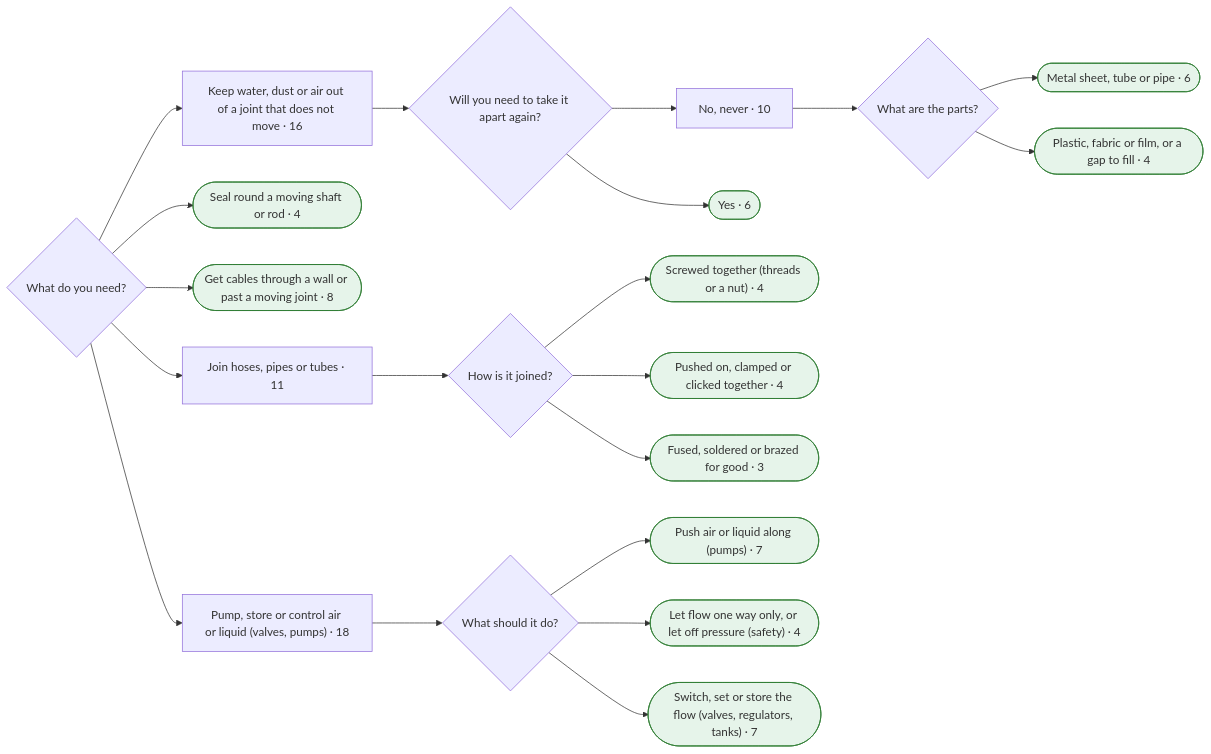
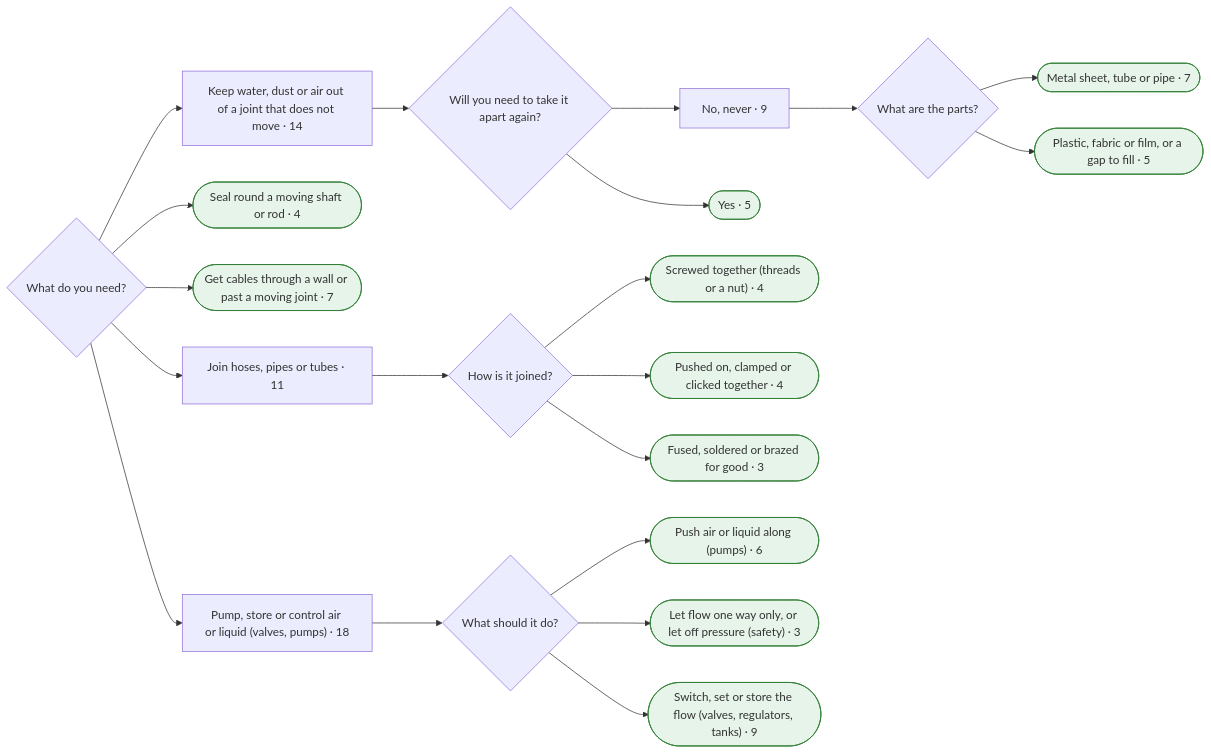
The tenth of 11 diagrams in research/finder-test/mermaid.md (smileymcfrown/EncyclopediaOfConnections), drawn with Mermaid before and after one commit. The commit also changed other lines of this file and 420 other files, not shown here.

````diff
--- a/research/finder-test/mermaid.md
+++ b/research/finder-test/mermaid.md
@@ -841,55 +847,55 @@
 ```mermaid
 flowchart LR
-  q298{"What do you need?"}
-  a299["Keep water, dust or air out of a joint that does not move · 16"]
-  q298 --> a299
-  q300{"Will you need to take it apart again?"}
-  a299 --> q300
-  a301["No, never · 10"]
+  q300{"What do you need?"}
+  a301["Keep water, dust or air out of a joint that does not move · 14"]
   q300 --> a301
-  q302{"What are the parts?"}
+  q302{"Will you need to take it apart again?"}
   a301 --> q302
-  a303(["Metal sheet, tube or pipe · 6"])
+  a303["No, never · 9"]
   q302 --> a303
-  class a303 leaf
-  a304(["Plastic, fabric or film, or a gap to fill · 4"])
-  q302 --> a304
-  class a304 leaf
-  a305(["Yes · 6"])
-  q300 --> a305
+  q304{"What are the parts?"}
+  a303 --> q304
+  a305(["Metal sheet, tube or pipe · 7"])
+  q304 --> a305
   class a305 leaf
-  a306(["Seal round a moving shaft or rod · 4"])
-  q298 --> a306
+  a306(["Plastic, fabric or film, or a gap to fill · 5"])
+  q304 --> a306
   class a306 leaf
-  a307(["Get cables through a wall or past a moving joint · 8"])
-  q298 --> a307
+  a307(["Yes · 5"])
+  q302 --> a307
   class a307 leaf
-  a308["Join hoses, pipes or tubes · 11"]
-  q298 --> a308
-  q309{"How is it joined?"}
-  a308 --> q309
-  a310(["Screwed together (threads or a nut) · 4"])
-  q309 --> a310
-  class a310 leaf
-  a311(["Pushed on, clamped or clicked together · 4"])
-  q309 --> a311
-  class a311 leaf
-  a312(["Fused, soldered or brazed for good · 3"])
-  q309 --> a312
+  a308(["Seal round a moving shaft or rod · 4"])
+  q300 --> a308
+  class a308 leaf
+  a309(["Get cables through a wall or past a moving joint · 7"])
+  q300 --> a309
+  class a309 leaf
+  a310["Join hoses, pipes or tubes · 11"]
+  q300 --> a310
+  q311{"How is it joined?"}
+  a310 --> q311
+  a312(["Screwed together (threads or a nut) · 4"])
+  q311 --> a312
   class a312 leaf
-  a313["Pump, store or control air or liquid (valves, pumps) · 18"]
-  q298 --> a313
-  q314{"What should it do?"}
-  a313 --> q314
-  a315(["Push air or liquid along (pumps) · 7"])
-  q314 --> a315
-  class a315 leaf
-  a316(["Let flow one way only, or let off pressure (safety) · 4"])
-  q314 --> a316
-  class a316 leaf
-  a317(["Switch, set or store the flow (valves, regulators, tanks) · 7"])
-  q314 --> a317
+  a313(["Pushed on, clamped or clicked together · 4"])
+  q311 --> a313
+  class a313 leaf
+  a314(["Fused, soldered or brazed for good · 3"])
+  q311 --> a314
+  class a314 leaf
+  a315["Pump, store or control air or liquid (valves, pumps) · 18"]
+  q300 --> a315
+  q316{"What should it do?"}
+  a315 --> q316
+  a317(["Push air or liquid along (pumps) · 6"])
+  q316 --> a317
   class a317 leaf
+  a318(["Let flow one way only, or let off pressure (safety) · 3"])
+  q316 --> a318
+  class a318 leaf
+  a319(["Switch, set or store the flow (valves, regulators, tanks) · 9"])
+  q316 --> a319
+  class a319 leaf
   classDef leaf fill:#e6f4ea,stroke:#2e7d32
   classDef more fill:#fff4e5,stroke:#b26a00
 ```
````
